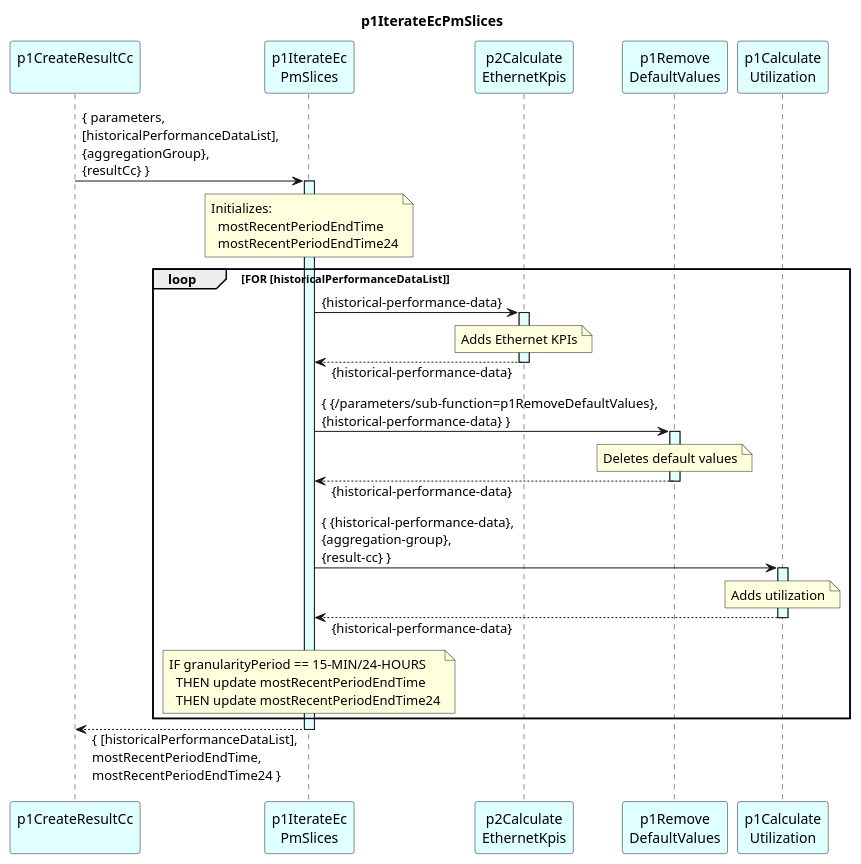
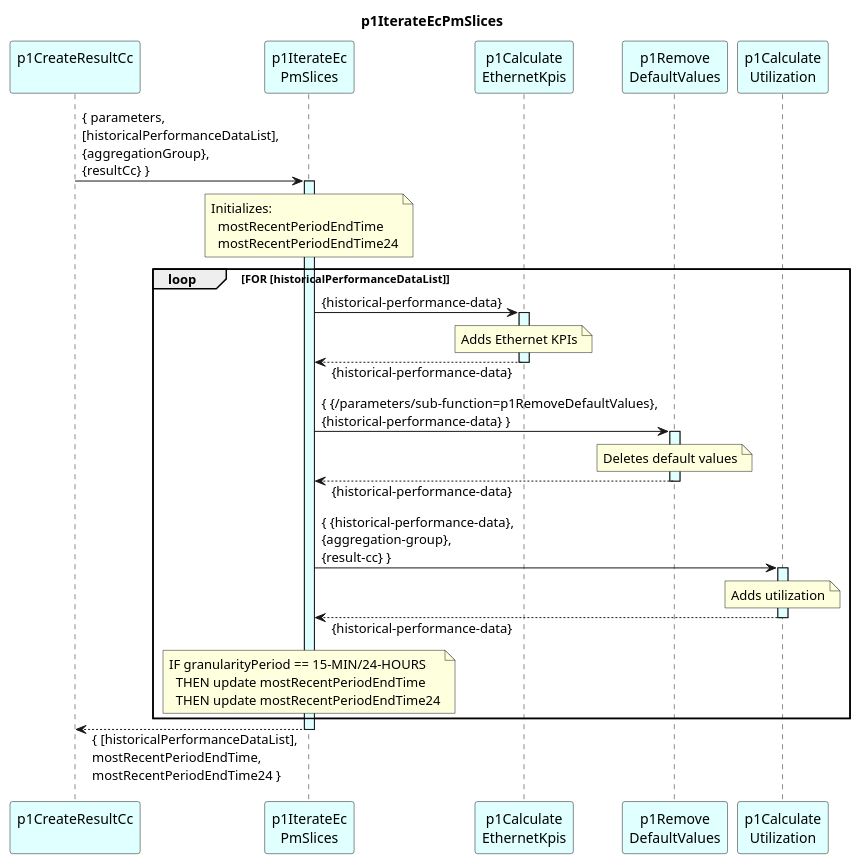
Before and after one commit to openBackhaul/DevicePerformanceManagementDataProcessor: the diagram in spec/Functions/p1StreamPmData/p1ProcessDevice/p1CreateResultCc/p1IterateEcPmSlices/1.0.0/p1IterateEcPmSlices.plantuml, drawn with PlantUML. The commit also changed 21 other files, not shown here.

Commit message:
Down version p2CalculateEthernetKpis

```diff
--- a/spec/Functions/p1StreamPmData/p1ProcessDevice/p1CreateResultCc/p1IterateEcPmSlices/1.0.0/p1IterateEcPmSlices.plantuml
+++ b/spec/Functions/p1StreamPmData/p1ProcessDevice/p1CreateResultCc/p1IterateEcPmSlices/1.0.0/p1IterateEcPmSlices.plantuml
@@ -1,64 +1,64 @@
 @startuml p1IterateEcPmSlices
 skinparam responseMessageBelowArrow true
 
 title
   p1IterateEcPmSlices
 end title
 
 participant "p1CreateResultCc\n" as cur #LightCyan
 
 participant "p1IterateEc\nPmSlices" as iterateSlices #LightCyan
-participant "p2Calculate\nEthernetKpis" as intCC #LightCyan
+participant "p1Calculate\nEthernetKpis" as intCC #LightCyan
 participant "p1Remove\nDefaultValues" as p1RemDefault #LightCyan
 participant "p1Calculate\nUtilization" as p1CalcUtil #LightCyan
 
 
 cur -> iterateSlices : { parameters,\n[historicalPerformanceDataList],\n{aggregationGroup},\n{resultCc} }
 activate iterateSlices #LightCyan
 
   note over iterateSlices
     Initializes:
       mostRecentPeriodEndTime
       mostRecentPeriodEndTime24
   end note
 
   loop FOR [historicalPerformanceDataList]
 
     iterateSlices -> intCC : {historical-performance-data}
     activate intCC #LightCyan
       note over intCC
         Adds Ethernet KPIs
       end note
     iterateSlices <-- intCC: {historical-performance-data}
     deactivate intCC
 
     iterateSlices -> p1RemDefault : { {/parameters/sub-function=p1RemoveDefaultValues},\n{historical-performance-data} }
     activate p1RemDefault #LightCyan
       note over p1RemDefault
         Deletes default values
       end note
     iterateSlices <-- p1RemDefault: {historical-performance-data}
     deactivate p1RemDefault
 
     iterateSlices -> p1CalcUtil : { {historical-performance-data},\n{aggregation-group},\n{result-cc} }
     activate p1CalcUtil #LightCyan
       note over p1CalcUtil
         Adds utilization
       end note
     iterateSlices <-- p1CalcUtil: {historical-performance-data}
     deactivate p1CalcUtil
 
     note over iterateSlices
       IF granularityPeriod == 15-MIN/24-HOURS
         THEN update mostRecentPeriodEndTime
         THEN update mostRecentPeriodEndTime24
     end note
 
   end loop
 
 cur <-- iterateSlices : { [historicalPerformanceDataList],\nmostRecentPeriodEndTime,\nmostRecentPeriodEndTime24 }
 deactivate iterateSlices
 
 deactivate cur
 
 @enduml
```
